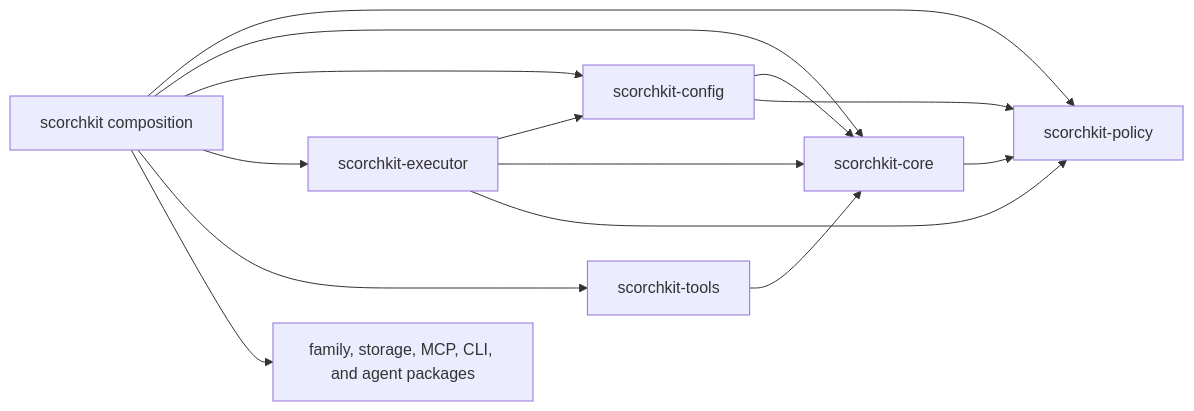
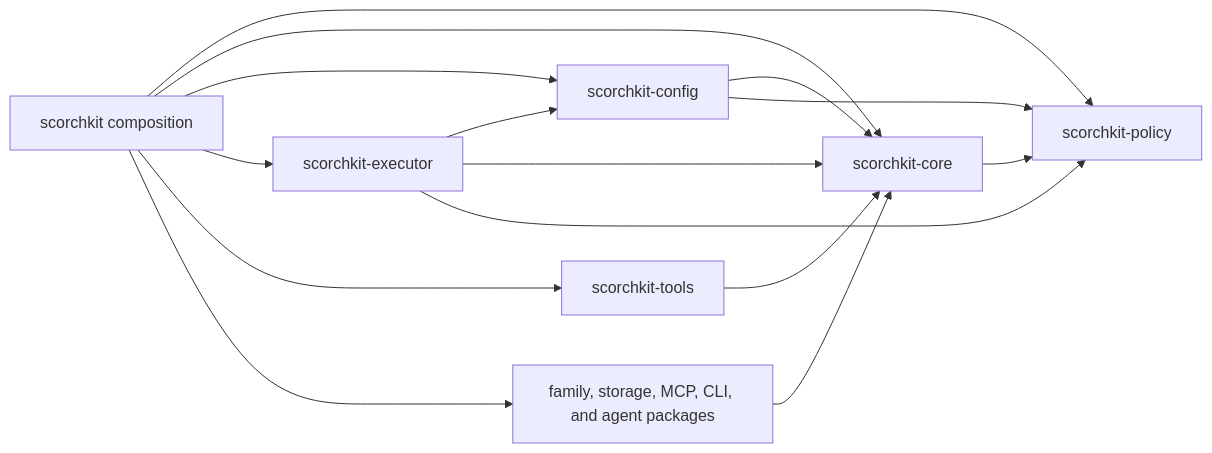
Before and after one commit to Ignibyte/scorchkit: the diagram in docs/architecture/workspace.md, drawn with Mermaid. The commit also changed other lines of this file and 71 other files, not shown here.

````diff
--- a/docs/architecture/workspace.md
+++ b/docs/architecture/workspace.md
@@ -35,16 +35,17 @@
 ```mermaid
 flowchart LR
     ROOT["scorchkit composition"] --> POLICY["scorchkit-policy"]
     ROOT --> CORE["scorchkit-core"]
     ROOT --> CONFIG["scorchkit-config"]
     ROOT --> EXECUTOR["scorchkit-executor"]
     ROOT --> TOOLS["scorchkit-tools"]
     ROOT --> LEAVES["family, storage, MCP, CLI, and agent packages"]
     CORE --> POLICY
     CONFIG --> CORE
     CONFIG --> POLICY
     EXECUTOR --> CONFIG
     EXECUTOR --> CORE
     EXECUTOR --> POLICY
     TOOLS --> CORE
+    LEAVES --> CORE
 ```
````
